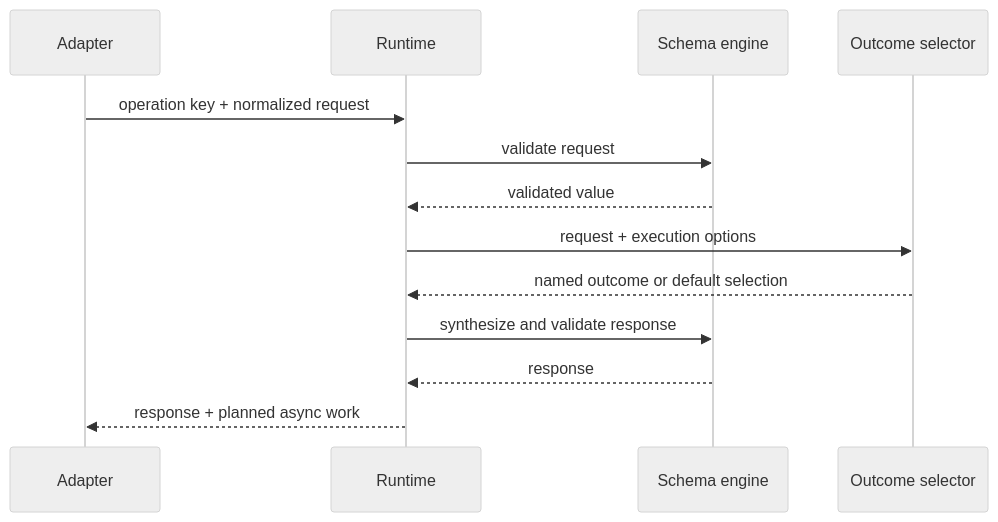
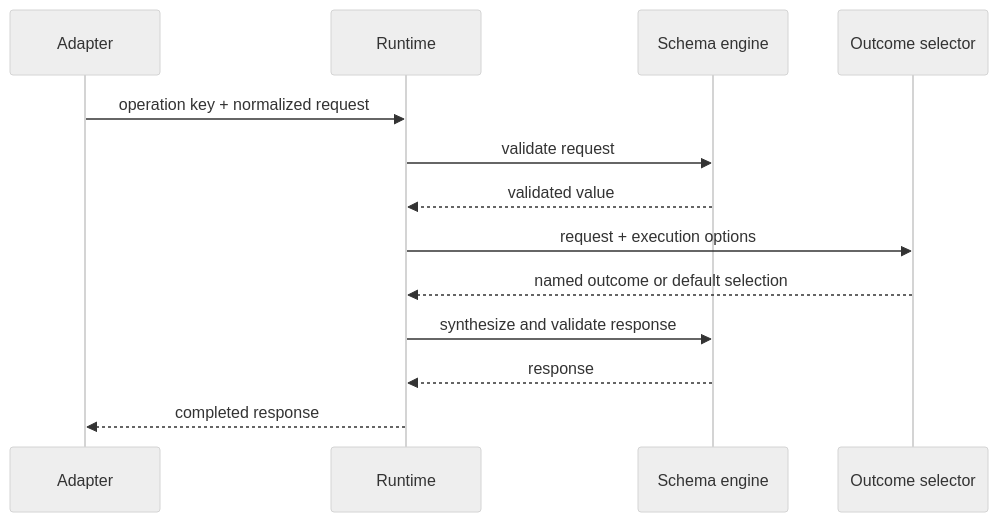
The diagram in docs/operation-execution.md (inttegro/simile), drawn with Mermaid (neutral theme) before and after one commit. The commit also changed other lines of this file and 30 other files, not shown here.

````diff
--- a/docs/operation-execution.md
+++ b/docs/operation-execution.md
@@ -42,15 +41,15 @@
 ```mermaid
 sequenceDiagram
   participant A as Adapter
   participant R as Runtime
   participant S as Schema engine
   participant O as Outcome selector
   A->>R: operation key + normalized request
   R->>S: validate request
   S-->>R: validated value
   R->>O: request + execution options
   O-->>R: named outcome or default selection
   R->>S: synthesize and validate response
   S-->>R: response
-  R-->>A: response + planned async work
+  R-->>A: completed response
 ```
````
